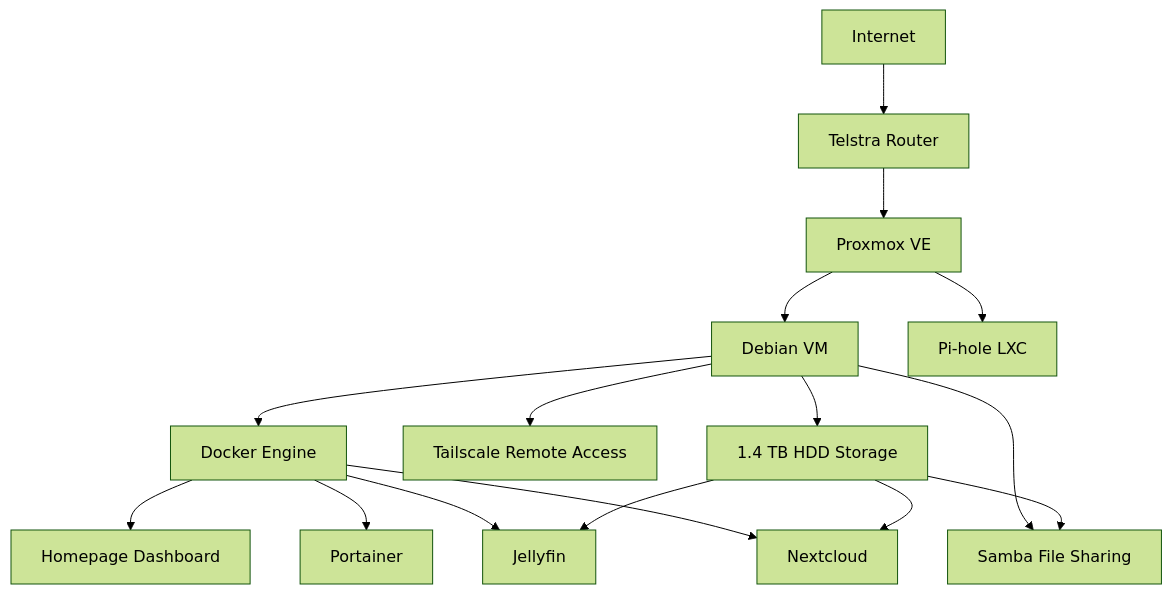
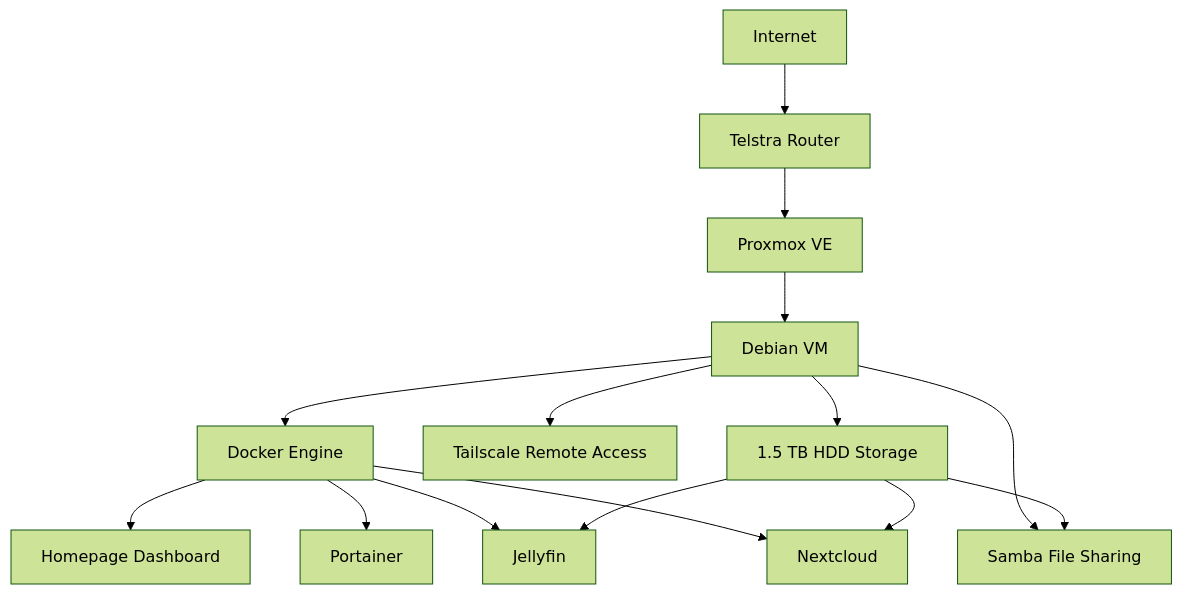
Before and after one commit to davidsms11/homelab: the diagram in README.md, drawn with Mermaid (forest theme). The commit also changed 1 other file, not shown here.

Commit message:
docs: improve repository structure and architecture

````diff
--- a/README.md
+++ b/README.md
@@ -62,22 +62,21 @@
 ```mermaid
 flowchart TD
     Internet[Internet] --> Router[Telstra Router]
     Router --> Proxmox[Proxmox VE]
 
     Proxmox --> Debian[Debian VM]
-    Proxmox --> PiHole[Pi-hole LXC]
 
     Debian --> Docker[Docker Engine]
     Debian --> Samba[Samba File Sharing]
     Debian --> Tailscale[Tailscale Remote Access]
-    Debian --> Storage[1.4 TB HDD Storage]
+    Debian --> Storage[1.5 TB HDD Storage]
 
     Docker --> Homepage[Homepage Dashboard]
     Docker --> Portainer[Portainer]
     Docker --> Jellyfin[Jellyfin]
     Docker --> Nextcloud[Nextcloud]
 
     Storage --> Jellyfin
     Storage --> Nextcloud
     Storage --> Samba
 ```
````
